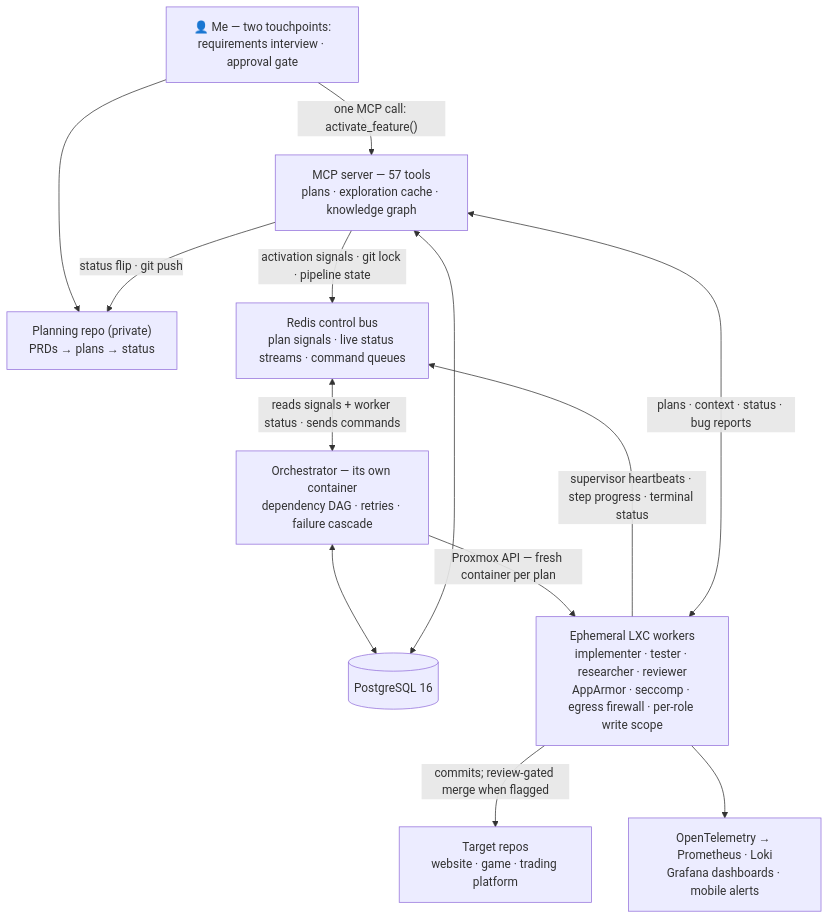
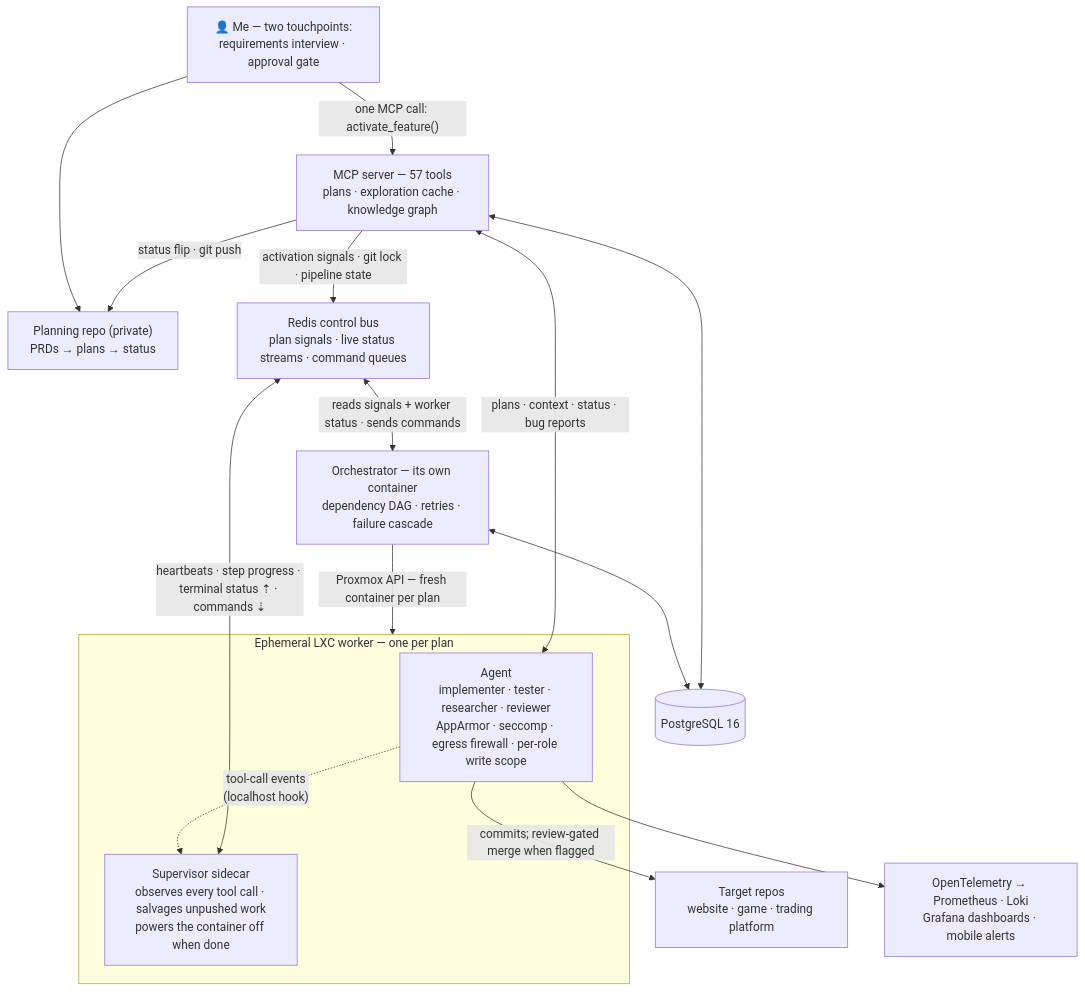
One commit to GuppitusMaximus/fish-tank changed the diagram in README.md. Above: the diagram before and after it, drawn with Mermaid. The commit also changed other lines of this file, not shown here.

Commit message:
README: give the supervisor sidecar its place in the architecture
The supervisor was a single subordinate clause ('a supervisor process
reports terminal status') despite being the mechanism behind half the
observability claims: involuntary tool-call tracking via a localhost
hook, per-plan Redis status streams, orchestrator command channel,
degraded-mode file fallback, the time-boxed git salvage ladder for a
dying agent's unpushed work, and the container poweroff. The diagram's
worker node becomes a subgraph (agent + sidecar) so the Redis edge
attaches to the process that actually owns it.

Claude-Session: https://claude.ai/code/session_01Gh7s1Q11RtmwDQ693jsShe

````diff
--- a/README.md
+++ b/README.md
@@ -28,15 +28,20 @@
 ```mermaid
 flowchart TD
     U["👤 Me — two touchpoints:\nrequirements interview · approval gate"] --> P["Planning repo (private)\nPRDs → plans → status"]
     U -->|"one MCP call: activate_feature()"| M["MCP server — 57 tools\nplans · exploration cache · knowledge graph"]
     M -->|"status flip · git push"| P
     M -->|"activation signals · git lock · pipeline state"| B["Redis control bus\nplan signals · live status streams · command queues"]
     B <-->|"reads signals + worker status · sends commands"| O["Orchestrator — its own container\ndependency DAG · retries · failure cascade"]
     O <--> DB[("PostgreSQL 16")]
     M <--> DB
-    O -->|"Proxmox API — fresh container per plan"| L["Ephemeral LXC workers\nimplementer · tester · researcher · reviewer\nAppArmor · seccomp · egress firewall · per-role write scope"]
-    L -->|"supervisor heartbeats · step progress · terminal status"| B
-    L <-->|"plans · context · status · bug reports"| M
-    L -->|"commits; review-gated merge when flagged"| T["Target repos\nwebsite · game · trading platform"]
-    L --> OT["OpenTelemetry → Prometheus · Loki\nGrafana dashboards · mobile alerts"]
+    subgraph W["Ephemeral LXC worker — one per plan"]
+        A["Agent\nimplementer · tester · researcher · reviewer\nAppArmor · seccomp · egress firewall · per-role write scope"]
+        S["Supervisor sidecar\nobserves every tool call · salvages unpushed work\npowers the container off when done"]
+        A -.->|"tool-call events\n(localhost hook)"| S
+    end
+    O -->|"Proxmox API — fresh container per plan"| W
+    S <-->|"heartbeats · step progress · terminal status ⇡ · commands ⇣"| B
+    A <-->|"plans · context · status · bug reports"| M
+    A -->|"commits; review-gated merge when flagged"| T["Target repos\nwebsite · game · trading platform"]
+    A --> OT["OpenTelemetry → Prometheus · Loki\nGrafana dashboards · mobile alerts"]
 ```
````
